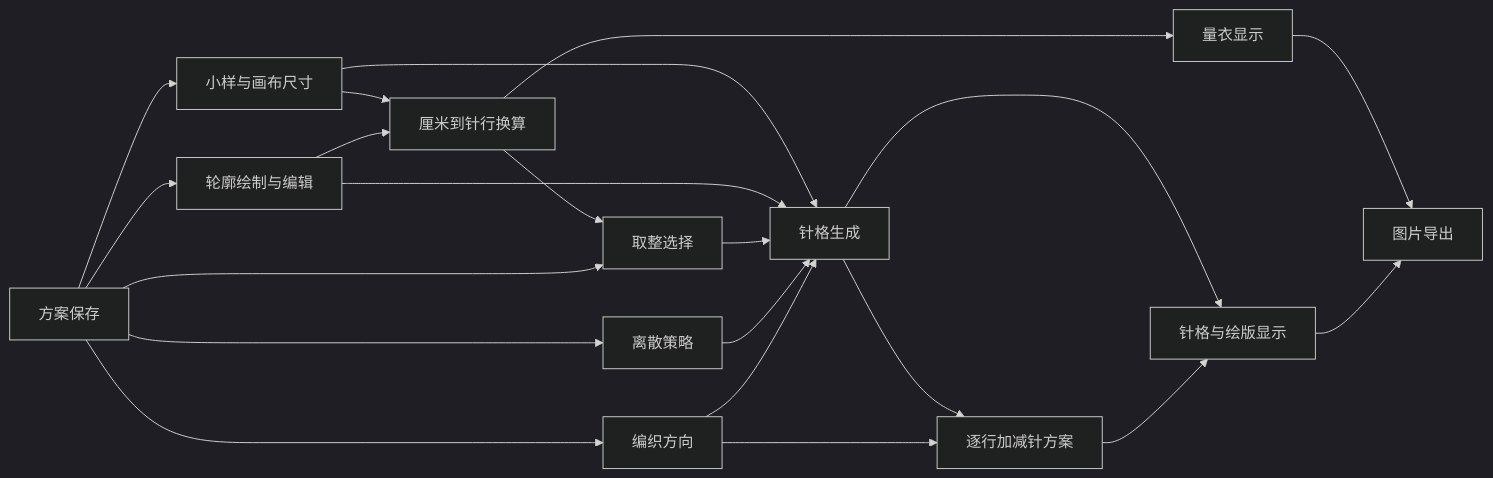
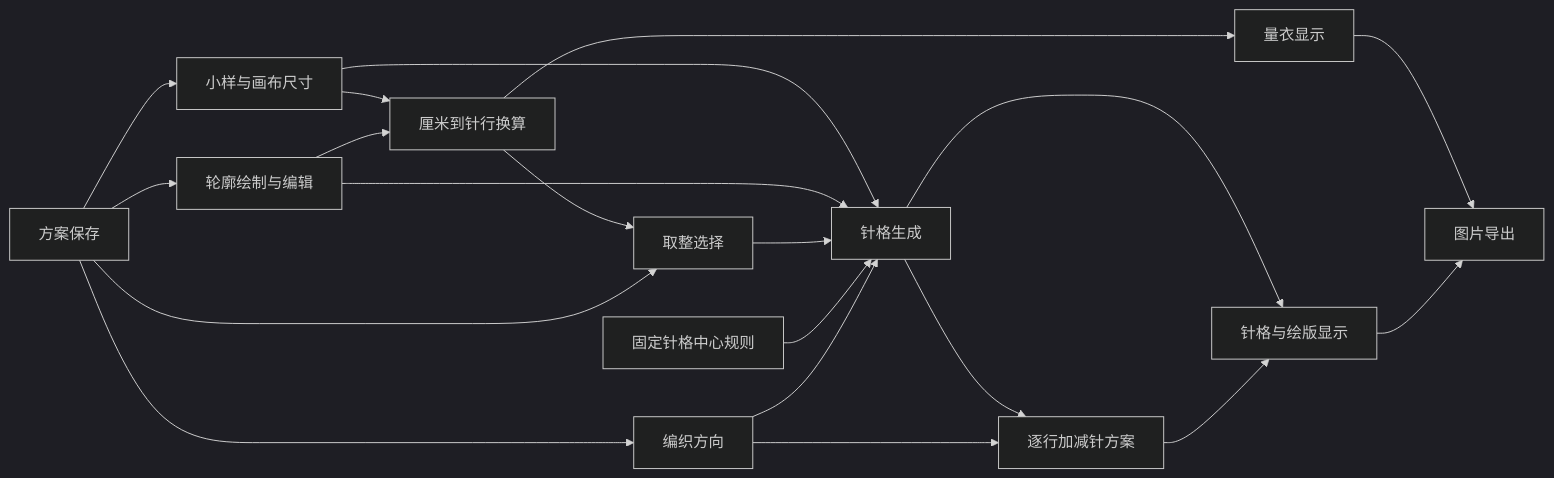
Before and after one commit to huiniu80/90423knit-tool-web: the diagram in docs/产品总览.md, drawn with Mermaid (dark theme). The commit also changed other lines of this file and 9 other files, not shown here.

````diff
--- a/docs/产品总览.md
+++ b/docs/产品总览.md
@@ -59,23 +59,22 @@
 ```mermaid
 flowchart LR
   A["小样与画布尺寸"] --> B["厘米到针行换算"]
   C["轮廓绘制与编辑"] --> B
   B --> D["取整选择"]
   A --> E["针格生成"]
   C --> E
   D --> E
-  F["离散策略"] --> E
+  F["固定针格中心规则"] --> E
   E --> G["逐行加减针方案"]
   H["编织方向"] --> E
   H --> G
   B --> I["量衣显示"]
   E --> J["针格与绘版显示"]
   G --> J
   I --> K["图片导出"]
   J --> K
   L["方案保存"] --> A
   L --> C
   L --> D
-  L --> F
   L --> H
 ```
````
